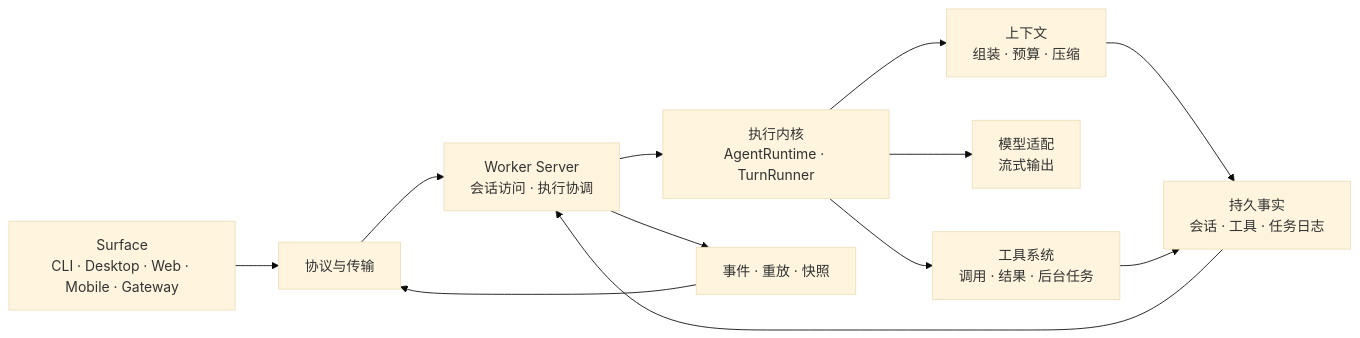
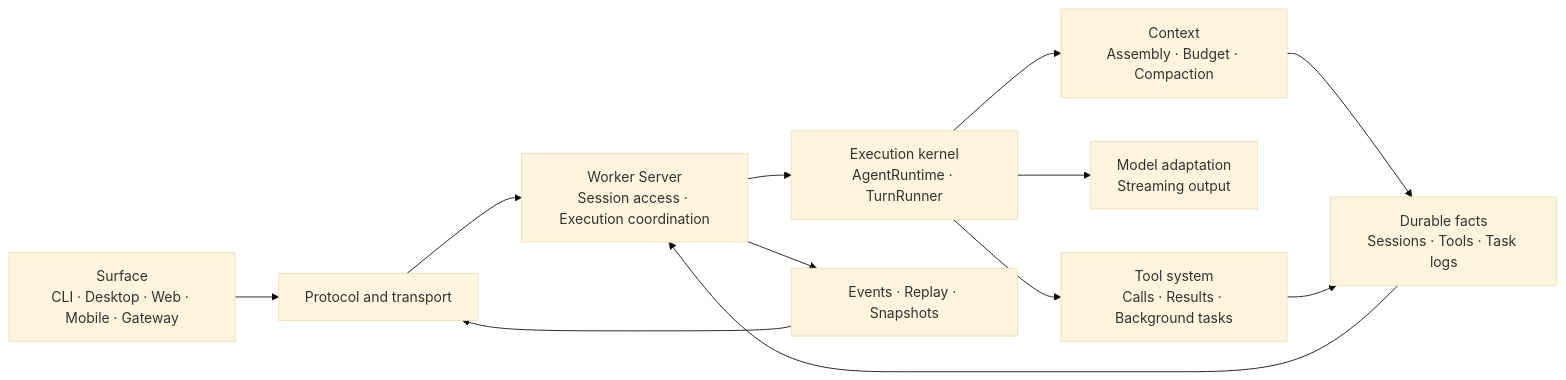
Before and after one commit to Azzurroooo/rind: the diagram in docs/internals/README.md, drawn with Mermaid (base theme). The commit also changed other lines of this file and 109 other files, not shown here.

```diff
--- a/docs/internals/README.md
+++ b/docs/internals/README.md
@@ -7,14 +9,14 @@
 ~~~mermaid
 flowchart LR
-    S["Surface<br/>CLI · Desktop · Web · Mobile · Gateway"] --> P["协议与传输"]
-    P --> W["Worker Server<br/>会话访问 · 执行协调"]
-    W --> R["执行内核<br/>AgentRuntime · TurnRunner"]
-    R --> C["上下文<br/>组装 · 预算 · 压缩"]
-    R --> M["模型适配<br/>流式输出"]
-    R --> T["工具系统<br/>调用 · 结果 · 后台任务"]
-    C --> D["持久事实<br/>会话 · 工具 · 任务日志"]
+    S["Surface<br/>CLI · Desktop · Web · Mobile · Gateway"] --> P["Protocol and transport"]
+    P --> W["Worker Server<br/>Session access · Execution coordination"]
+    W --> R["Execution kernel<br/>AgentRuntime · TurnRunner"]
+    R --> C["Context<br/>Assembly · Budget · Compaction"]
+    R --> M["Model adaptation<br/>Streaming output"]
+    R --> T["Tool system<br/>Calls · Results · Background tasks"]
+    C --> D["Durable facts<br/>Sessions · Tools · Task logs"]
     T --> D
     D --> W
-    W --> E["事件 · 重放 · 快照"]
+    W --> E["Events · Replay · Snapshots"]
     E --> P
 ~~~
```
